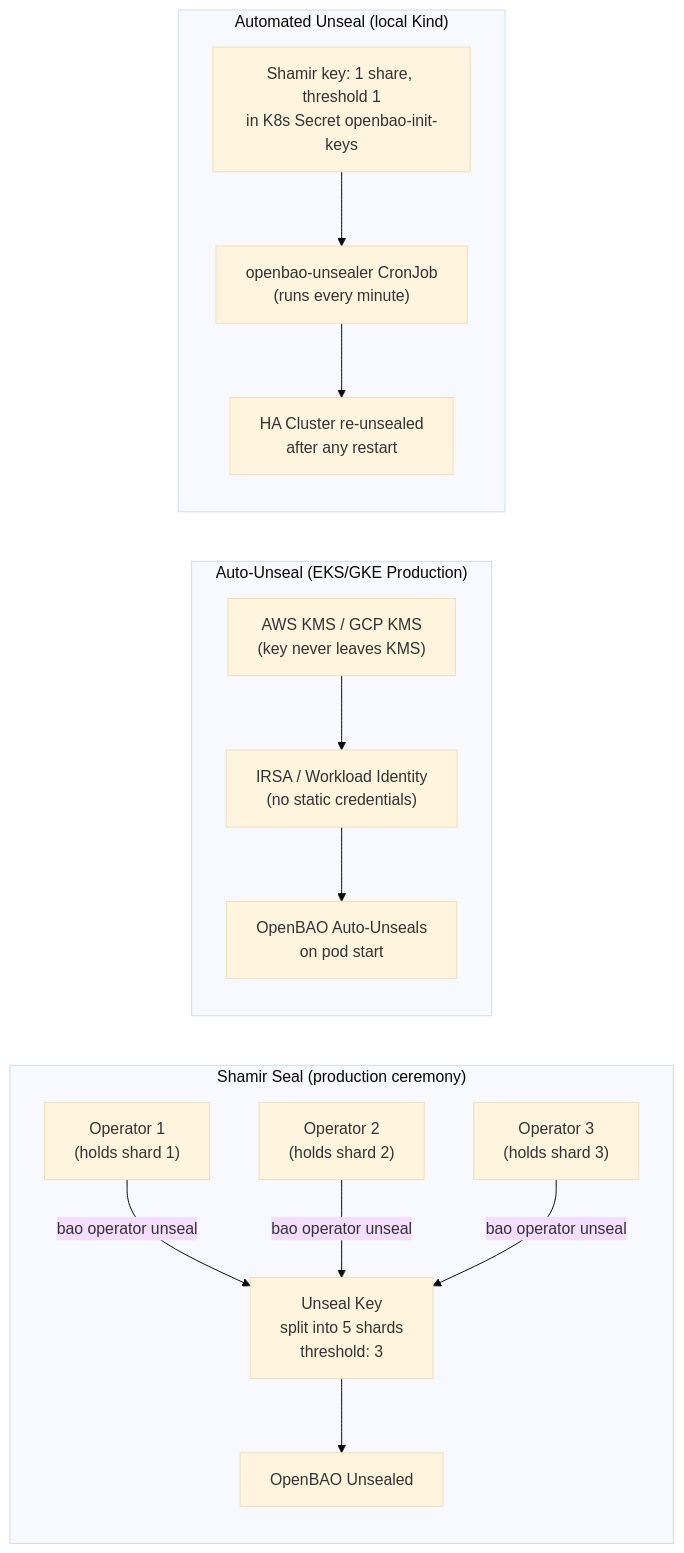
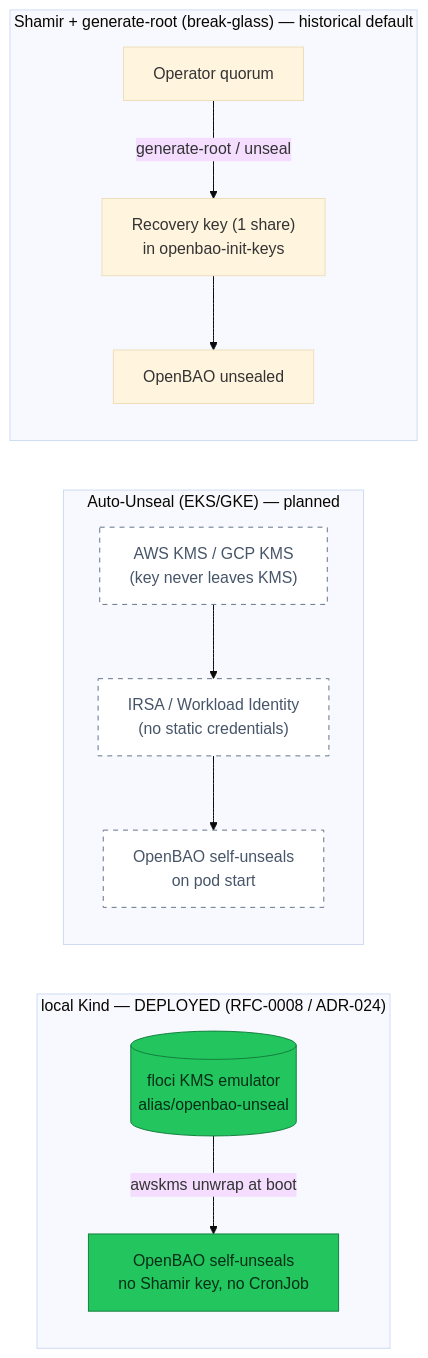
One commit to duynhlab/homelab changed the third of 19 diagrams in docs/secrets/openbao.md. Above: the diagram before and after it, drawn with Mermaid (base theme). The commit also changed other lines of this file and 14 other files, not shown here.

First line of the commit message:
Add OpenBAO awskms auto-unseal via floci (RFC-0008 Slice 1) (#566)

````diff
--- a/docs/secrets/openbao.md
+++ b/docs/secrets/openbao.md
@@ -170,23 +171,24 @@
 ```mermaid
 flowchart LR
-    subgraph shamir["Shamir Seal (production ceremony)"]
-        sk["Unseal Key\nsplit into 5 shards\nthreshold: 3"]
-        op1["Operator 1\n(holds shard 1)"]
-        op2["Operator 2\n(holds shard 2)"]
-        op3["Operator 3\n(holds shard 3)"]
-        op1 & op2 & op3 -->|"bao operator unseal"| sk
-        sk --> bao_s["OpenBAO Unsealed"]
+    subgraph local["local Kind — DEPLOYED (RFC-0008 / ADR-024)"]
+        floci[("floci KMS emulator<br/>alias/openbao-unseal")]
+        floci -->|"awskms unwrap at boot"| baoL["OpenBAO self-unseals<br/>no Shamir key, no CronJob"]
     end
 
-    subgraph autounseal_kms["Auto-Unseal (EKS/GKE Production)"]
-        kms["AWS KMS / GCP KMS\n(key never leaves KMS)"]
-        env["IRSA / Workload Identity\n(no static credentials)"]
-        kms --> env --> bao_a["OpenBAO Auto-Unseals\non pod start"]
+    subgraph prod["Auto-Unseal (EKS/GKE) — planned"]
+        kms["AWS KMS / GCP KMS<br/>(key never leaves KMS)"]
+        env["IRSA / Workload Identity<br/>(no static credentials)"]
+        kms --> env --> baoP["OpenBAO self-unseals<br/>on pod start"]
     end
 
-    subgraph autounseal_local["Automated Unseal (local Kind)"]
-        unseal_secret["Shamir key: 1 share, threshold 1\nin K8s Secret openbao-init-keys"]
-        unsealer_cron["openbao-unsealer CronJob\n(runs every minute)"]
-        unseal_secret --> unsealer_cron --> bao_t["HA Cluster re-unsealed\nafter any restart"]
+    subgraph shamir["Shamir + generate-root (break-glass) — historical default"]
+        sk["Recovery key (1 share)<br/>in openbao-init-keys"]
+        ops["Operator quorum"]
+        ops -->|"generate-root / unseal"| sk --> baoS["OpenBAO unsealed"]
     end
+
+    classDef data fill:#22c55e,color:#052e16,stroke:#15803d;
+    classDef planned fill:#fff,color:#475569,stroke:#64748b,stroke-dasharray:5 5;
+    class floci,baoL data;
+    class kms,env,baoP planned;
 ```
````
